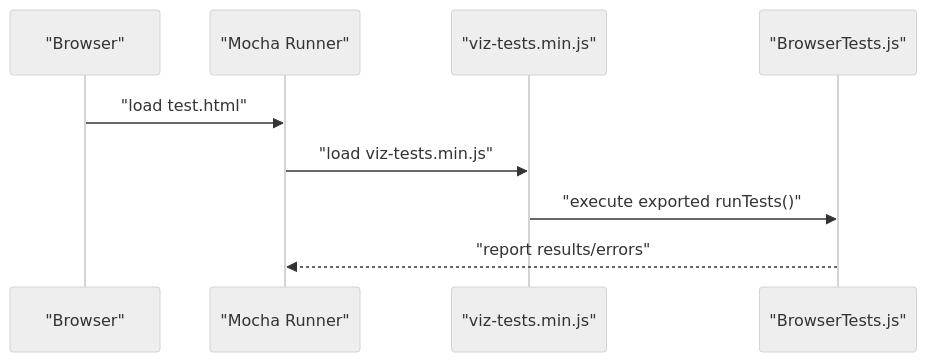
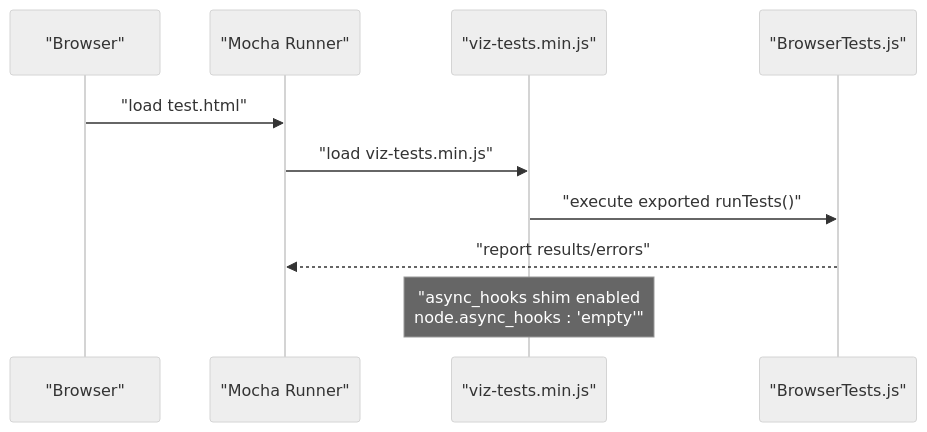
The seventh of 8 diagrams in .qoder/repowiki/en/content/Testing & Development.md (VIZ-Blockchain/viz-js-lib), drawn with Mermaid (neutral theme) before and after one commit. The commit also changed other lines of this file and 2 other files, not shown here.

First line of the commit message:
docs(testing): enhance testing docs with async_hooks shim for browser compatibility

````diff
--- a/.qoder/repowiki/en/content/Testing & Development.md
+++ b/.qoder/repowiki/en/content/Testing & Development.md
@@ -371,11 +389,12 @@
 ```mermaid
 sequenceDiagram
 participant Browser as "Browser"
 participant Mocha as "Mocha Runner"
 participant Bundle as "viz-tests.min.js"
 participant Tests as "BrowserTests.js"
 Browser->>Mocha : "load test.html"
 Mocha->>Bundle : "load viz-tests.min.js"
 Bundle->>Tests : "execute exported runTests()"
 Tests-->>Mocha : "report results/errors"
+Note over Bundle : "async_hooks shim enabled<br/>node.async_hooks : 'empty'"
 ```
````
